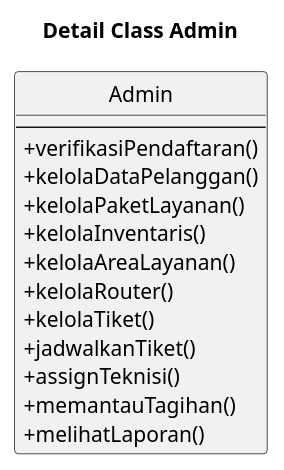
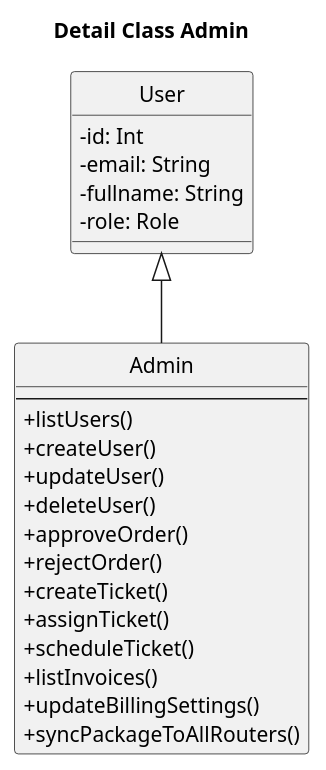
The diagram in docs/plantuml/detail-classes/detail-class-admin.puml (janbu12/nemafi-be), drawn with PlantUML before and after one commit. The commit also changed 186 other files, not shown here.

```diff
--- a/docs/plantuml/detail-classes/detail-class-admin.puml
+++ b/docs/plantuml/detail-classes/detail-class-admin.puml
@@ -1,22 +1,33 @@
 @startuml
 title Detail Class Admin
 
 skinparam classAttributeIconSize 0
+skinparam shadowing false
+skinparam defaultFontName "Times New Roman"
 hide circle
+
+class User {
+  - id: Int
+  - email: String
+  - fullname: String
+  - role: Role
+}
 
 class Admin {
   --
-  + verifikasiPendaftaran()
-  + kelolaDataPelanggan()
-  + kelolaPaketLayanan()
-  + kelolaInventaris()
-  + kelolaAreaLayanan()
-  + kelolaRouter()
-  + kelolaTiket()
-  + jadwalkanTiket()
-  + assignTeknisi()
-  + memantauTagihan()
-  + melihatLaporan()
+  + listUsers()
+  + createUser()
+  + updateUser()
+  + deleteUser()
+  + approveOrder()
+  + rejectOrder()
+  + createTicket()
+  + assignTicket()
+  + scheduleTicket()
+  + listInvoices()
+  + updateBillingSettings()
+  + syncPackageToAllRouters()
 }
 
+User <|-- Admin
 @enduml
```
